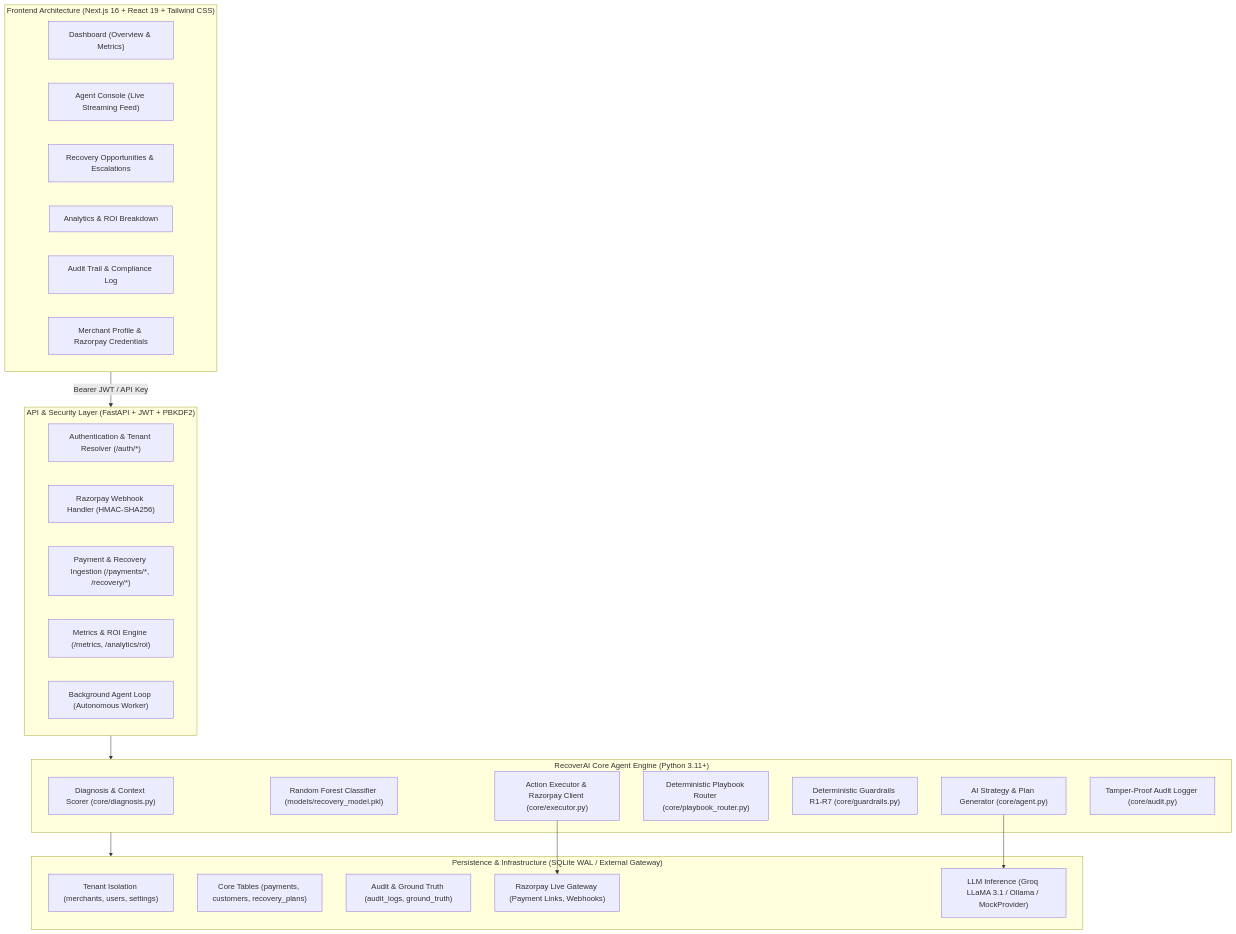
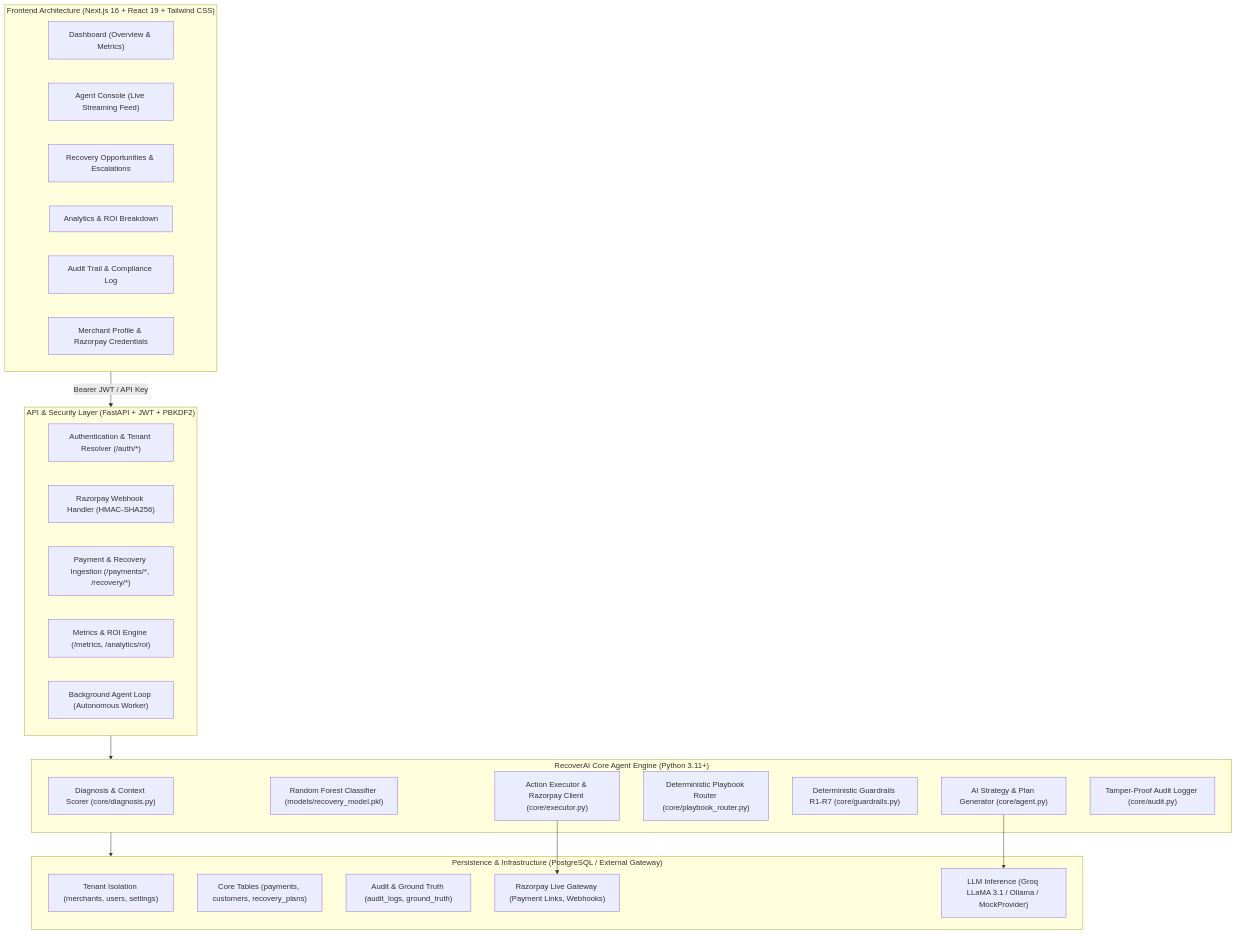
One commit to vijith-bhima/RecoverAi changed the second of 6 diagrams in README.md. Above: the diagram before and after it, drawn with Mermaid. The commit also changed other lines of this file and 7 other files, not shown here.

Commit message:
Add PostgreSQL migration support

````diff
--- a/README.md
+++ b/README.md
@@ -133,43 +133,43 @@
 ```mermaid
 flowchart TB
     subgraph ClientLayer["Frontend Architecture (Next.js 16 + React 19 + Tailwind CSS)"]
         UI_Dash["Dashboard (Overview & Metrics)"]
         UI_Console["Agent Console (Live Streaming Feed)"]
         UI_Queue["Recovery Opportunities & Escalations"]
         UI_Analytics["Analytics & ROI Breakdown"]
         UI_Audit["Audit Trail & Compliance Log"]
         UI_Settings["Merchant Profile & Razorpay Credentials"]
     end
 
     subgraph APILayer["API & Security Layer (FastAPI + JWT + PBKDF2)"]
         API_Auth["Authentication & Tenant Resolver (/auth/*)"]
         API_Webhooks["Razorpay Webhook Handler (HMAC-SHA256)"]
         API_Payments["Payment & Recovery Ingestion (/payments/*, /recovery/*)"]
         API_Metrics["Metrics & ROI Engine (/metrics, /analytics/roi)"]
         API_Worker["Background Agent Loop (Autonomous Worker)"]
     end
 
     subgraph CoreEngine["RecoverAI Core Agent Engine (Python 3.11+)"]
         Core_Diag["Diagnosis & Context Scorer (core/diagnosis.py)"]
         Core_ML["Random Forest Classifier (models/recovery_model.pkl)"]
         Core_Agent["AI Strategy & Plan Generator (core/agent.py)"]
         Core_Router["Deterministic Playbook Router (core/playbook_router.py)"]
         Core_Guard["Deterministic Guardrails R1-R7 (core/guardrails.py)"]
         Core_Exec["Action Executor & Razorpay Client (core/executor.py)"]
         Core_Audit["Tamper-Proof Audit Logger (core/audit.py)"]
     end
 
-    subgraph StorageLayer["Persistence & Infrastructure (SQLite WAL / External Gateway)"]
+    subgraph StorageLayer["Persistence & Infrastructure (PostgreSQL / External Gateway)"]
         DB_Tenant["Tenant Isolation (merchants, users, settings)"]
         DB_Core["Core Tables (payments, customers, recovery_plans)"]
         DB_Audit["Audit & Ground Truth (audit_logs, ground_truth)"]
         Ext_Razorpay["Razorpay Live Gateway (Payment Links, Webhooks)"]
         Ext_LLM["LLM Inference (Groq LLaMA 3.1 / Ollama / MockProvider)"]
     end
 
     ClientLayer -->|Bearer JWT / API Key| APILayer
     APILayer --> CoreEngine
     CoreEngine --> StorageLayer
     Core_Exec --> Ext_Razorpay
     Core_Agent --> Ext_LLM
 ```
````
